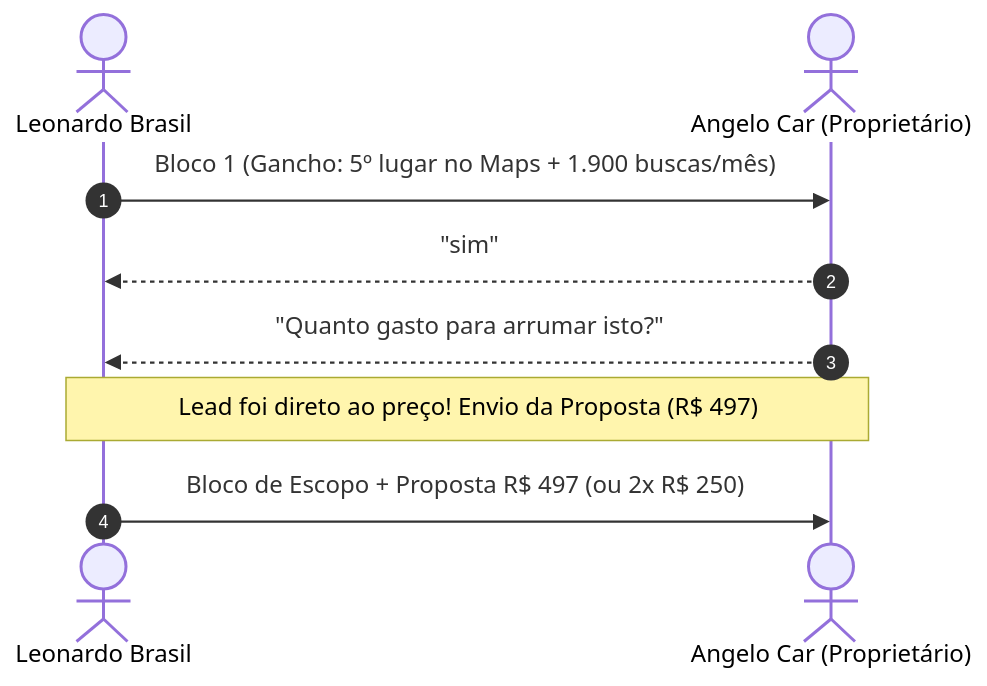
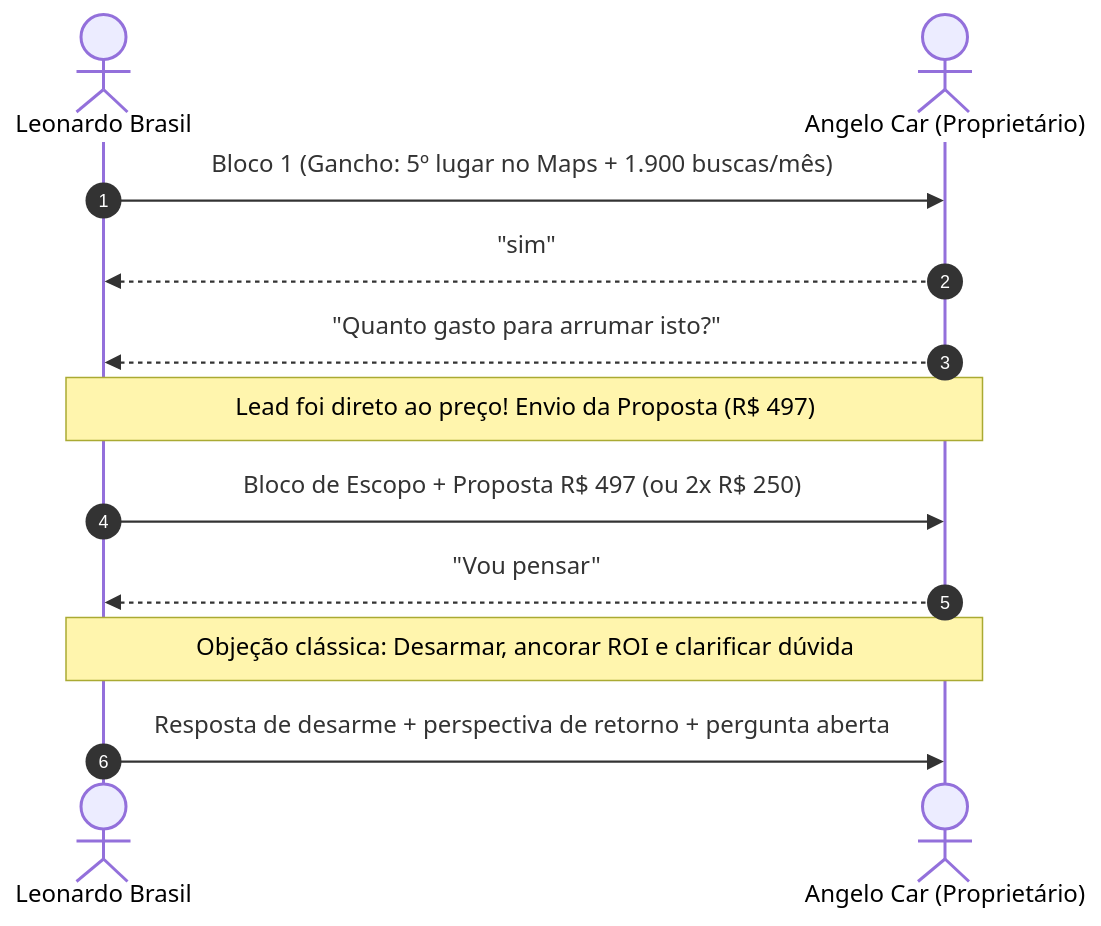
Before and after one commit to leoferrazdev/leonardo-brasil: the diagram in cofre-leonardo-brasil/30 - Comercial e CRM/04 - Negociações Ativas (Rodada 02)/O-005 - Angelo Car Oficina Mecânica.md, drawn with Mermaid. The commit also changed other lines of this file, not shown here.

Commit message:
docs(vault): log Angelo Car objection 'Vou pensar' and response script

````diff
--- a/cofre-leonardo-brasil/30 - Comercial e CRM/04 - Negociações Ativas (Rodada 02)/O-005 - Angelo Car Oficina Mecânica.md
+++ b/cofre-leonardo-brasil/30 - Comercial e CRM/04 - Negociações Ativas (Rodada 02)/O-005 - Angelo Car Oficina Mecânica.md
@@ -47,12 +47,15 @@
 ```mermaid
 sequenceDiagram
     autonumber
     actor Leo as Leonardo Brasil
     actor Angelo as Angelo Car (Proprietário)
     
     Leo->>Angelo: Bloco 1 (Gancho: 5º lugar no Maps + 1.900 buscas/mês)
     Angelo-->>Leo: "sim"
     Angelo-->>Leo: "Quanto gasto para arrumar isto?"
     Note over Leo,Angelo: Lead foi direto ao preço! Envio da Proposta (R$ 497)
     Leo->>Angelo: Bloco de Escopo + Proposta R$ 497 (ou 2x R$ 250)
+    Angelo-->>Leo: "Vou pensar"
+    Note over Leo,Angelo: Objeção clássica: Desarmar, ancorar ROI e clarificar dúvida
+    Leo->>Angelo: Resposta de desarme + perspectiva de retorno + pergunta aberta
 ```
````
